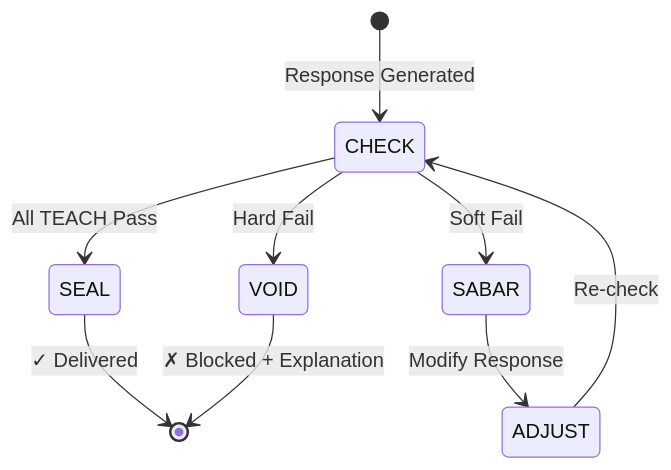
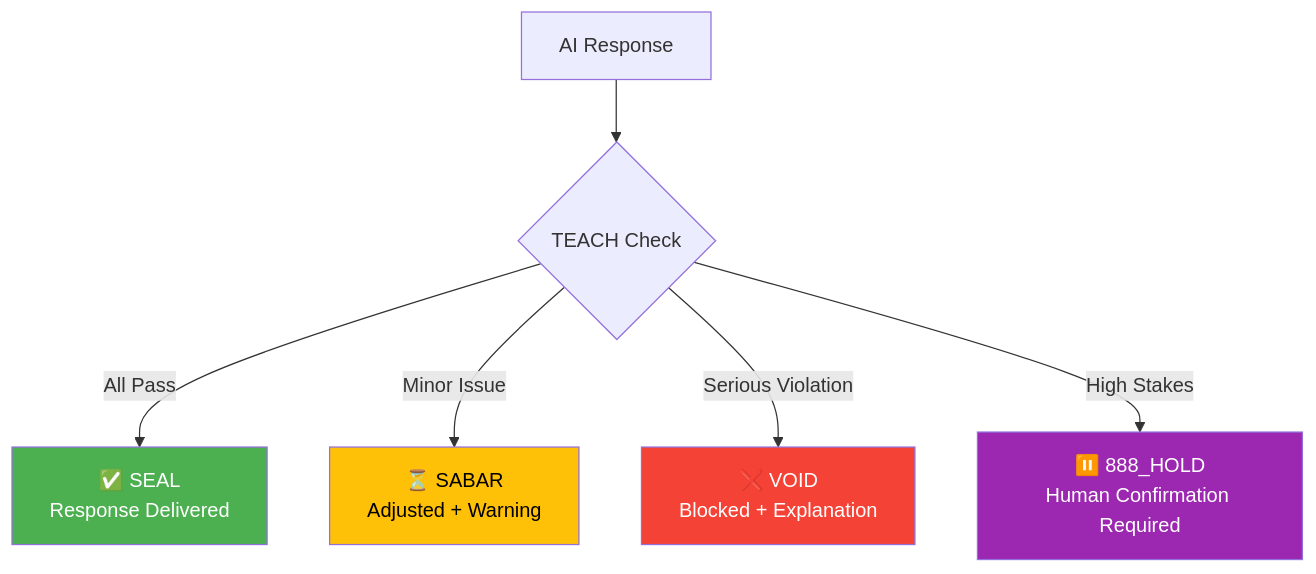
Before and after one commit to ariffazil/arifos: the third of 6 diagrams in README.md, drawn with Mermaid. The commit also changed other lines of this file and 2 other files, not shown here.

````diff
--- a/README.md
+++ b/README.md
@@ -819,12 +98,13 @@
 ```mermaid
-stateDiagram-v2
-    [*] --> CHECK: Response Generated
-    CHECK --> SEAL: All TEACH Pass
-    CHECK --> SABAR: Soft Fail
-    CHECK --> VOID: Hard Fail
+flowchart TD
+    Q[AI Response] --> CHECK{TEACH Check}
+    CHECK -->|All Pass| SEAL[✅ SEAL<br/>Response Delivered]
+    CHECK -->|Minor Issue| SABAR[⏳ SABAR<br/>Adjusted + Warning]
+    CHECK -->|Serious Violation| VOID[❌ VOID<br/>Blocked + Explanation]
+    CHECK -->|High Stakes| HOLD[⏸️ 888_HOLD<br/>Human Confirmation Required]
 
-    SEAL --> [*]: ✓ Delivered
-    SABAR --> ADJUST: Modify Response
-    ADJUST --> CHECK: Re-check
-    VOID --> [*]: ✗ Blocked + Explanation
+    style SEAL fill:#4CAF50,color:white
+    style SABAR fill:#FFC107,color:black
+    style VOID fill:#F44336,color:white
+    style HOLD fill:#9C27B0,color:white
 ```
````
